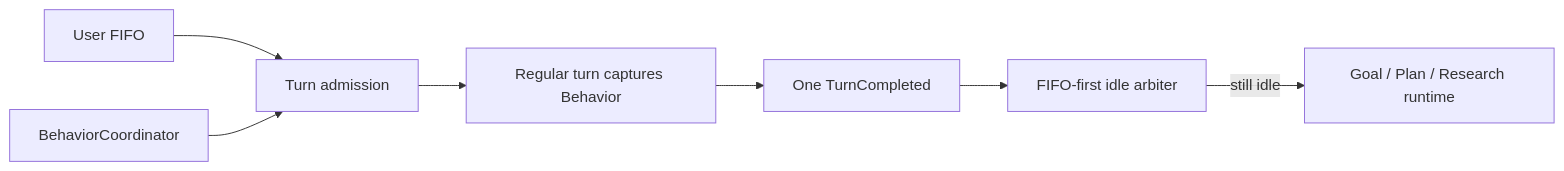
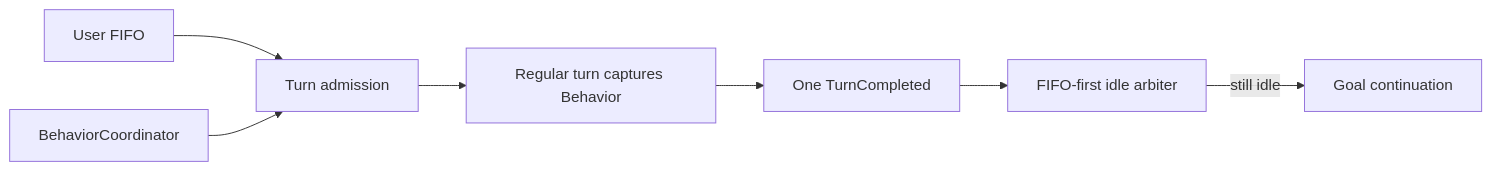
One commit to LordCasser/grow changed the diagram in docs/architecture/behavior-state-overview.md. Above: the diagram before and after it, drawn with Mermaid. The commit also changed other lines of this file and 193 other files, not shown here.

````diff
--- a/docs/architecture/behavior-state-overview.md
+++ b/docs/architecture/behavior-state-overview.md
@@ -23,9 +26,9 @@
 ```mermaid
 flowchart LR
     U["User FIFO"] --> A["Turn admission"]
     C["BehaviorCoordinator"] --> A
     A --> T["Regular turn captures Behavior"]
     T --> E["One TurnCompleted"]
     E --> I["FIFO-first idle arbiter"]
-    I -->|"still idle"| R["Goal / Plan / Research runtime"]
+    I -->|"still idle"| R["Goal continuation"]
 ```
````
